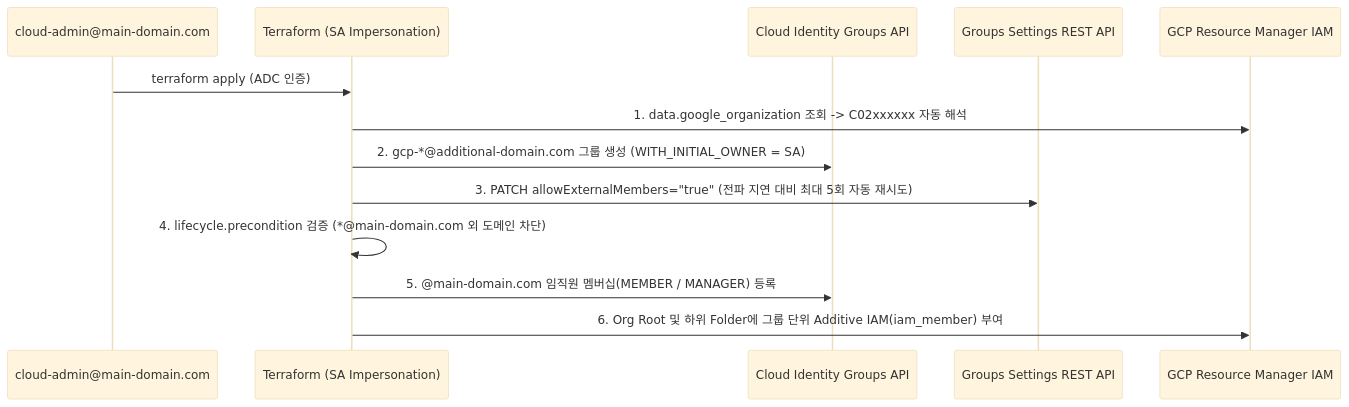
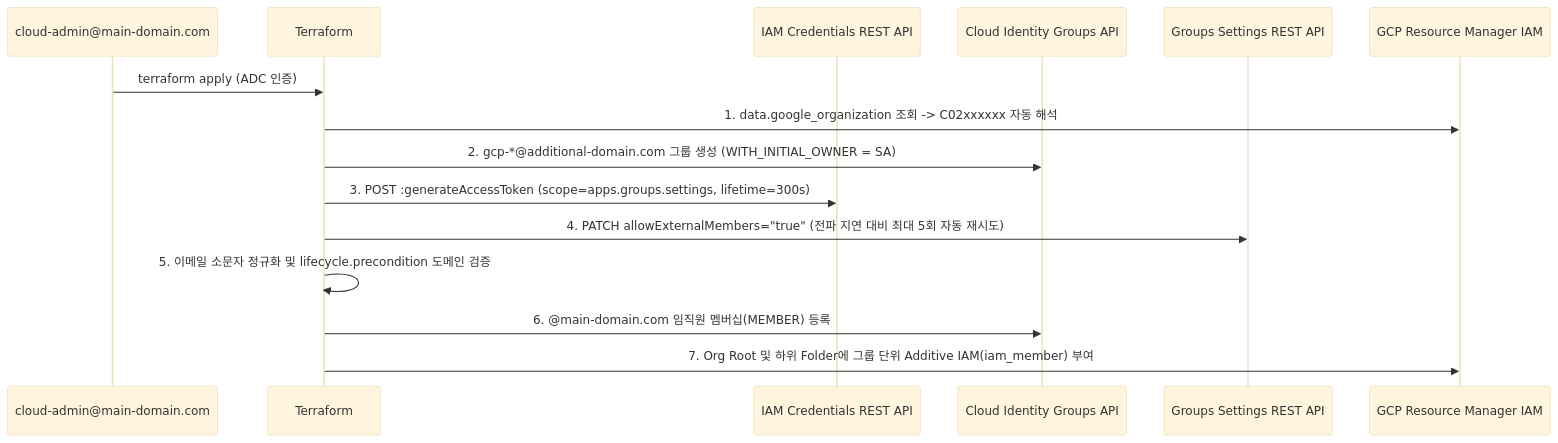
One commit to rom2019/gcp-sandbox changed the second of 2 diagrams in iam/multi-org-group-iam/README.md. Above: the diagram before and after it, drawn with Mermaid (base theme). The commit also changed other lines of this file and 23 other files, not shown here.

````diff
--- a/iam/multi-org-group-iam/README.md
+++ b/iam/multi-org-group-iam/README.md
@@ -370,16 +377,18 @@
 ```mermaid
 sequenceDiagram
     participant Admin as cloud-admin@main-domain.com
-    participant TF as Terraform (SA Impersonation)
+    participant TF as Terraform
+    participant IAMC as IAM Credentials REST API
     participant CI as Cloud Identity Groups API
     participant GS as Groups Settings REST API
     participant RM as GCP Resource Manager IAM
 
     Admin->>TF: terraform apply (ADC 인증)
     TF->>RM: 1. data.google_organization 조회 -> C02xxxxxx 자동 해석
     TF->>CI: 2. gcp-*@additional-domain.com 그룹 생성 (WITH_INITIAL_OWNER = SA)
-    TF->>GS: 3. PATCH allowExternalMembers="true" (전파 지연 대비 최대 5회 자동 재시도)
-    TF->>TF: 4. lifecycle.precondition 검증 (*@main-domain.com 외 도메인 차단)
-    TF->>CI: 5. @main-domain.com 임직원 멤버십(MEMBER / MANAGER) 등록
-    TF->>RM: 6. Org Root 및 하위 Folder에 그룹 단위 Additive IAM(iam_member) 부여
+    TF->>IAMC: 3. POST :generateAccessToken (scope=apps.groups.settings, lifetime=300s)
+    TF->>GS: 4. PATCH allowExternalMembers="true" (전파 지연 대비 최대 5회 자동 재시도)
+    TF->>TF: 5. 이메일 소문자 정규화 및 lifecycle.precondition 도메인 검증
+    TF->>CI: 6. @main-domain.com 임직원 멤버십(MEMBER) 등록
+    TF->>RM: 7. Org Root 및 하위 Folder에 그룹 단위 Additive IAM(iam_member) 부여
 ```
````
